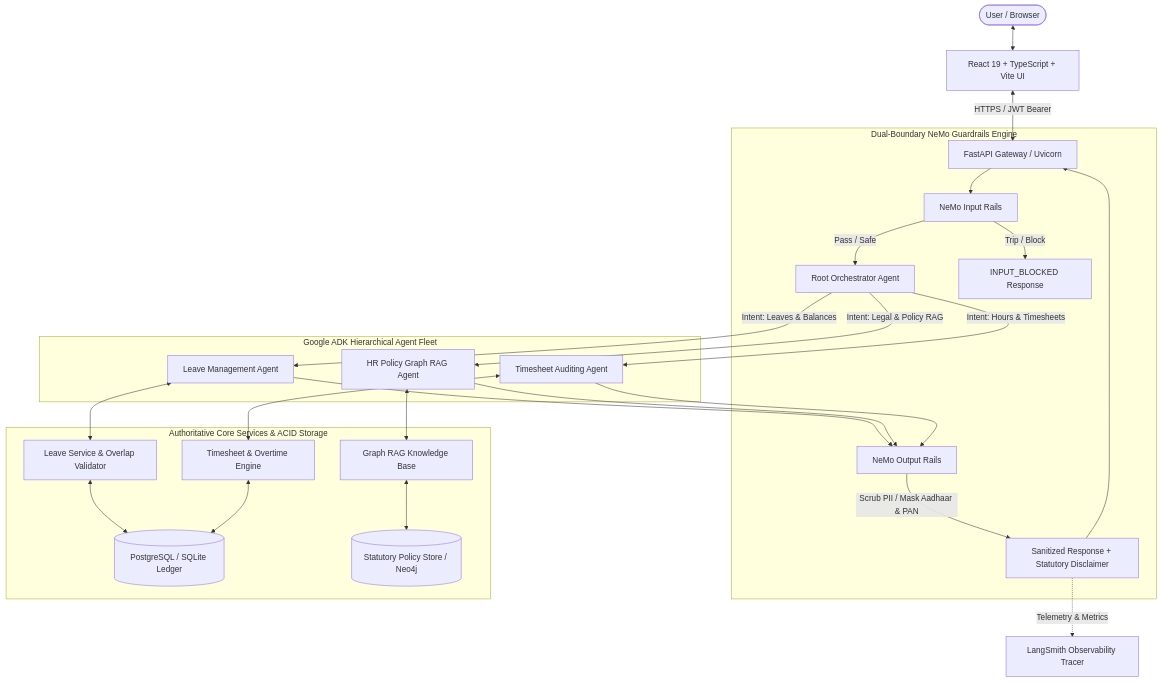
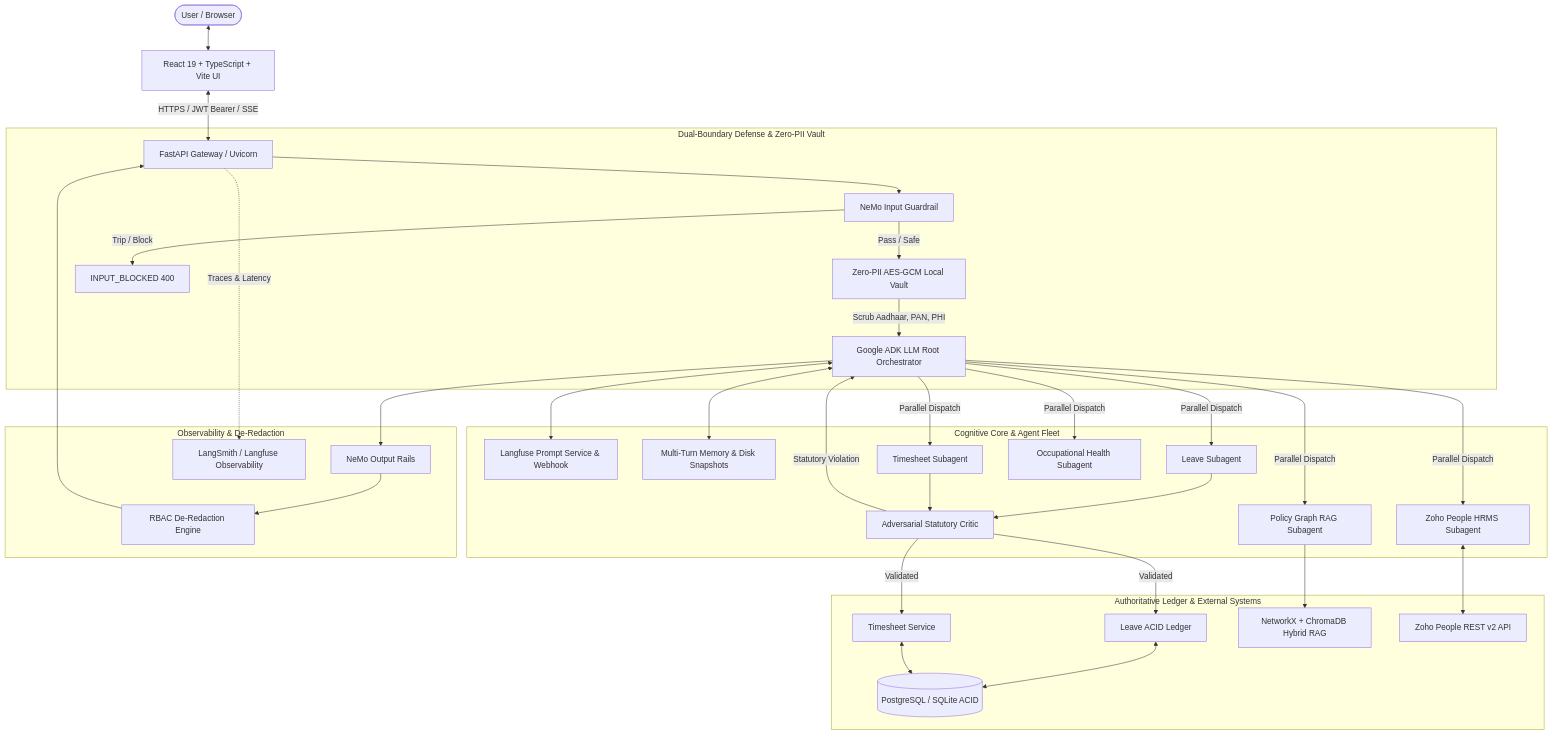
One commit to Ares19v/people-ops changed the first of 3 diagrams in README.md. Above: the diagram before and after it, drawn with Mermaid. The commit also changed other lines of this file and 94 other files, not shown here.

Commit message:
feat: enterprise multi-agent platform with Google ADK, Langfuse prompts & hierarchical waterfall tracing

````diff
--- a/README.md
+++ b/README.md
@@ -38,35 +43,44 @@
 ```mermaid
 flowchart TD
     User([User / Browser]) <--> UI[React 19 + TypeScript + Vite UI]
-    UI <--> |HTTPS / JWT Bearer| API[FastAPI Gateway / Uvicorn]
+    UI <--> |HTTPS / JWT Bearer / SSE| API[FastAPI Gateway / Uvicorn]
 
-    subgraph Safety_Layer [Dual-Boundary NeMo Guardrails Engine]
-        API --> InputRail[NeMo Input Rails]
-        InputRail --> |Pass / Safe| Orchestrator
-        InputRail --> |Trip / Block| BlockedResponse[INPUT_BLOCKED Response]
-        OutputRail[NeMo Output Rails] --> |Scrub PII / Mask Aadhaar & PAN| SafeOutput[Sanitized Response + Statutory Disclaimer]
+    subgraph Safety_And_Privacy [Dual-Boundary Defense & Zero-PII Vault]
+        API --> InputRail[NeMo Input Guardrail]
+        InputRail --> |Pass / Safe| PIIVault[Zero-PII AES-GCM Local Vault]
+        InputRail --> |Trip / Block| BlockedResponse[INPUT_BLOCKED 400]
+        PIIVault --> |Scrub Aadhaar, PAN, PHI| RootAgent[Google ADK LLM Root Orchestrator]
     end
 
-    subgraph Multi_Agent_Fleet [Google ADK Hierarchical Agent Fleet]
-        Orchestrator[Root Orchestrator Agent]
-        Orchestrator --> |Intent: Leaves & Balances| LeaveAgent[Leave Management Agent]
-        Orchestrator --> |Intent: Legal & Policy RAG| PolicyAgent[HR Policy Graph RAG Agent]
-        Orchestrator --> |Intent: Hours & Timesheets| TimesheetAgent[Timesheet Auditing Agent]
+    subgraph Orchestration_Engine [Cognitive Core & Agent Fleet]
+        RootAgent <--> LangfuseService[Langfuse Prompt Service & Webhook]
+        RootAgent <--> MemoryService[Multi-Turn Memory & Disk Snapshots]
+        
+        RootAgent --> |Parallel Dispatch| LeaveAgent[Leave Subagent]
+        RootAgent --> |Parallel Dispatch| TimesheetAgent[Timesheet Subagent]
+        RootAgent --> |Parallel Dispatch| PolicyAgent[Policy Graph RAG Subagent]
+        RootAgent --> |Parallel Dispatch| HealthAgent[Occupational Health Subagent]
+        RootAgent --> |Parallel Dispatch| ZohoAgent[Zoho People HRMS Subagent]
+
+        LeaveAgent --> CriticAgent[Adversarial Statutory Critic]
+        TimesheetAgent --> CriticAgent
+        CriticAgent --> |Statutory Violation| RootAgent
     end
 
-    subgraph Deterministic_Core [Authoritative Core Services & ACID Storage]
-        LeaveAgent <--> LeaveService[Leave Service & Overlap Validator]
-        PolicyAgent <--> GraphRAG[Graph RAG Knowledge Base]
-        TimesheetAgent <--> TimesheetService[Timesheet & Overtime Engine]
-        
-        LeaveService <--> DB[(PostgreSQL / SQLite Ledger)]
+    subgraph Core_Services_Storage [Authoritative Ledger & External Systems]
+        CriticAgent --> |Validated| LeaveService[Leave ACID Ledger]
+        CriticAgent --> |Validated| TimesheetService[Timesheet Service]
+        PolicyAgent --> GraphRAG[NetworkX + ChromaDB Hybrid RAG]
+        ZohoAgent <--> ZohoAPI[Zoho People REST v2 API]
+
+        LeaveService <--> DB[(PostgreSQL / SQLite ACID)]
         TimesheetService <--> DB
-        GraphRAG <--> PolicyJSON[(Statutory Policy Store / Neo4j)]
     end
 
-    LeaveAgent --> OutputRail
-    PolicyAgent --> OutputRail
-    TimesheetAgent --> OutputRail
-    SafeOutput --> API
-    SafeOutput -.-> |Telemetry & Metrics| LangSmith[LangSmith Observability Tracer]
+    subgraph Telemetry_Output [Observability & De-Redaction]
+        RootAgent --> OutputRail[NeMo Output Rails]
+        OutputRail --> DeRedactor[RBAC De-Redaction Engine]
+        DeRedactor --> API
+        API -.-> |Traces & Latency| LangSmith[LangSmith / Langfuse Observability]
+    end
 ```
````
